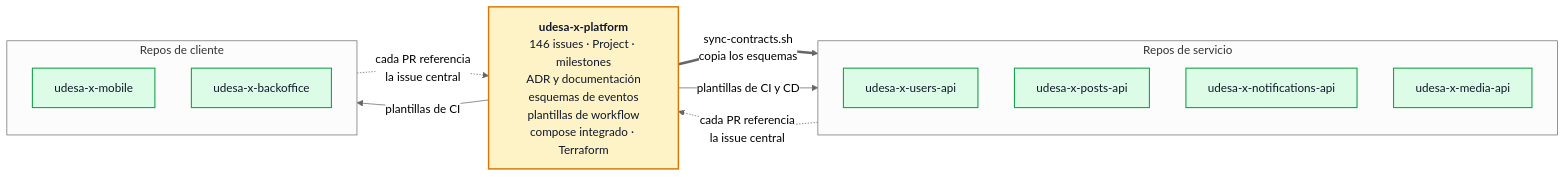
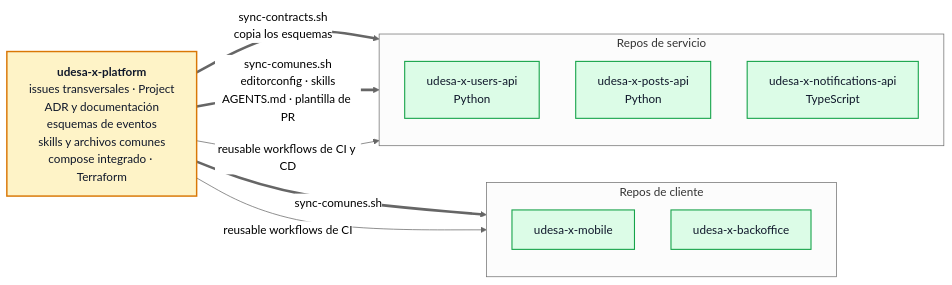
Before and after one commit to tds-g3-2s2026/udesa-x-platform: the first of 7 diagrams in docs/ARQUITECTURA.md, drawn with Mermaid (neutral theme). The commit also changed other lines of this file and 19 other files, not shown here.

````diff
--- a/docs/ARQUITECTURA.md
+++ b/docs/ARQUITECTURA.md
@@ -115,29 +140,28 @@
 ```mermaid
 flowchart LR
-    PLAT["<b>udesa-x-platform</b><br/>146 issues · Project · milestones<br/>ADR y documentación<br/>esquemas de eventos<br/>plantillas de workflow<br/>compose integrado · Terraform"]
+    PLAT["<b>udesa-x-platform</b><br/>issues transversales · Project<br/>ADR y documentación<br/>esquemas de eventos<br/>skills y archivos comunes<br/>compose integrado · Terraform"]
 
     subgraph svcs["Repos de servicio"]
         direction TB
-        R1["udesa-x-users-api"]
-        R2["udesa-x-posts-api"]
-        R3["udesa-x-notifications-api"]
-        R4["udesa-x-media-api"]
+        R1["udesa-x-users-api<br/>Python"]
+        R2["udesa-x-posts-api<br/>Python"]
+        R3["udesa-x-notifications-api<br/>TypeScript"]
     end
 
     subgraph cli["Repos de cliente"]
         direction TB
         R5["udesa-x-mobile"]
         R6["udesa-x-backoffice"]
     end
 
     PLAT ==>|"sync-contracts.sh<br/>copia los esquemas"| svcs
-    PLAT -->|"plantillas de CI y CD"| svcs
-    PLAT -->|"plantillas de CI"| cli
-    svcs -.->|"cada PR referencia<br/>la issue central"| PLAT
-    cli -.->|"cada PR referencia<br/>la issue central"| PLAT
+    PLAT ==>|"sync-comunes.sh<br/>editorconfig · skills<br/>AGENTS.md · plantilla de PR"| svcs
+    PLAT ==>|"sync-comunes.sh"| cli
+    PLAT -->|"reusable workflows de CI y CD"| svcs
+    PLAT -->|"reusable workflows de CI"| cli
 
     classDef hub fill:#fef3c7,stroke:#d97706,stroke-width:2px,color:#0f172a
     classDef repo fill:#dcfce7,stroke:#16a34a,stroke-width:1.5px,color:#0f172a
     class PLAT hub
-    class R1,R2,R3,R4,R5,R6 repo
+    class R1,R2,R3,R5,R6 repo
 ```
````
